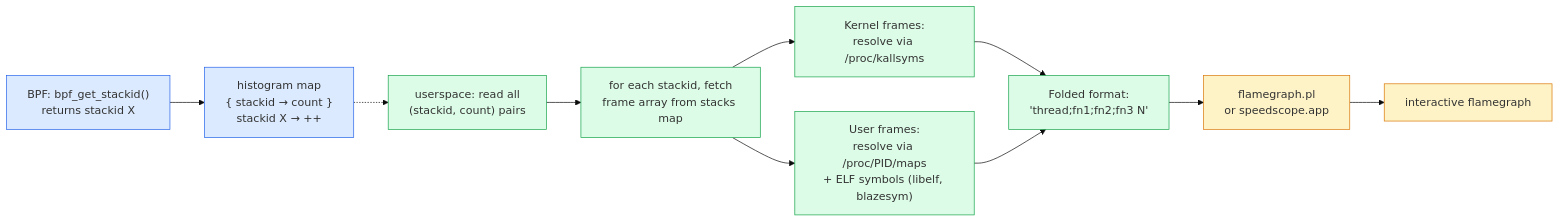
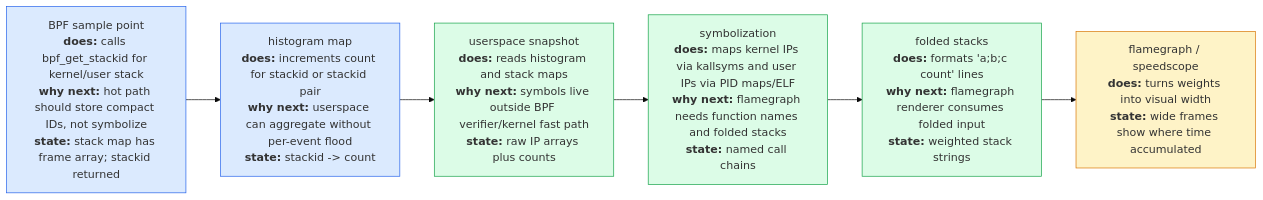
The diagram in ebpf/src/diagrams/src/day09_flamegraph.mmd (biefy/books), drawn with Mermaid (base theme) before and after one commit. The commit also changed 92 other files, not shown here.

First line of the commit message:
Fix book accuracy and explanatory diagrams

```diff
--- a/ebpf/src/diagrams/src/day09_flamegraph.mmd
+++ b/ebpf/src/diagrams/src/day09_flamegraph.mmd
@@ -1,28 +1,16 @@
 flowchart LR
-    Capture["BPF: bpf_get_stackid()<br/>returns stackid X"]
-    Hist["histogram map<br/>{ stackid → count }<br/>stackid X → ++"]
+    Sample["BPF sample point<br/><b>does:</b> calls bpf_get_stackid for kernel/user stack<br/><b>why next:</b> hot path should store compact IDs, not symbolize<br/><b>state:</b> stack map has frame array; stackid returned"]
+    Hist["histogram map<br/><b>does:</b> increments count for stackid or stackid pair<br/><b>why next:</b> userspace can aggregate without per-event flood<br/><b>state:</b> stackid -> count"]
+    Read["userspace snapshot<br/><b>does:</b> reads histogram and stack maps<br/><b>why next:</b> symbols live outside BPF verifier/kernel fast path<br/><b>state:</b> raw IP arrays plus counts"]
+    Sym["symbolization<br/><b>does:</b> maps kernel IPs via kallsyms and user IPs via PID maps/ELF<br/><b>why next:</b> flamegraph needs function names and folded stacks<br/><b>state:</b> named call chains"]
+    Fold["folded stacks<br/><b>does:</b> formats 'a;b;c count' lines<br/><b>why next:</b> flamegraph renderer consumes folded input<br/><b>state:</b> weighted stack strings"]
+    Render["flamegraph / speedscope<br/><b>does:</b> turns weights into visual width<br/><b>state:</b> wide frames show where time accumulated"]
 
-    Read["userspace: read all<br/>(stackid, count) pairs"]
-    Lookup["for each stackid, fetch<br/>frame array from stacks map"]
-    KSyms["Kernel frames:<br/>resolve via /proc/kallsyms"]
-    USyms["User frames:<br/>resolve via /proc/PID/maps<br/>+ ELF symbols (libelf, blazesym)"]
-    Format["Folded format:<br/>'thread;fn1;fn2;fn3 N'"]
-    Flame["flamegraph.pl<br/>or speedscope.app"]
-    Image["interactive flamegraph"]
-
-    Capture --> Hist
-    Hist -.-> Read
-    Read --> Lookup
-    Lookup --> KSyms
-    Lookup --> USyms
-    KSyms --> Format
-    USyms --> Format
-    Format --> Flame
-    Flame --> Image
+    Sample --> Hist --> Read --> Sym --> Fold --> Render
 
     classDef bpf fill:#dbeafe,stroke:#2563eb
-    classDef us fill:#dcfce7,stroke:#16a34a
+    classDef user fill:#dcfce7,stroke:#16a34a
     classDef out fill:#fef3c7,stroke:#d97706
-    class Capture,Hist bpf
-    class Read,Lookup,KSyms,USyms,Format us
-    class Flame,Image out
+    class Sample,Hist bpf
+    class Read,Sym,Fold user
+    class Render out
```
